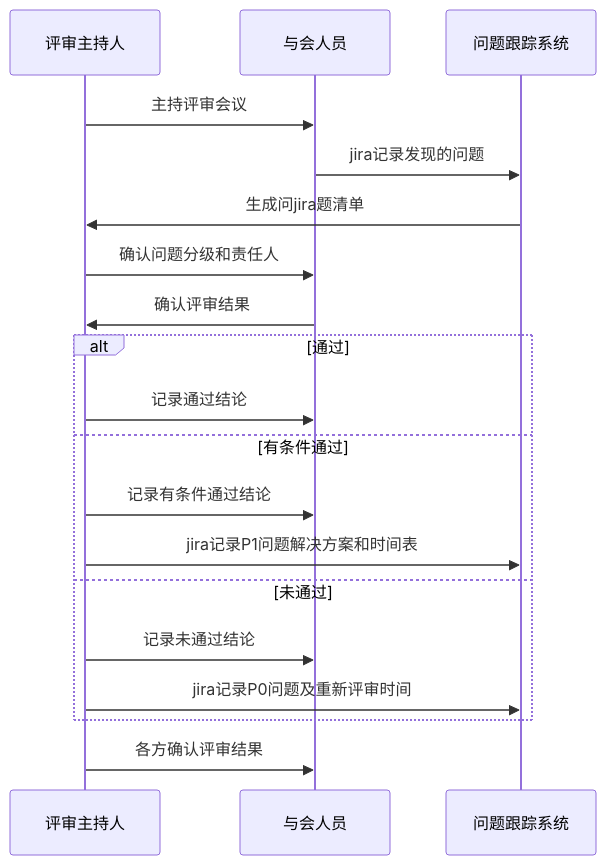
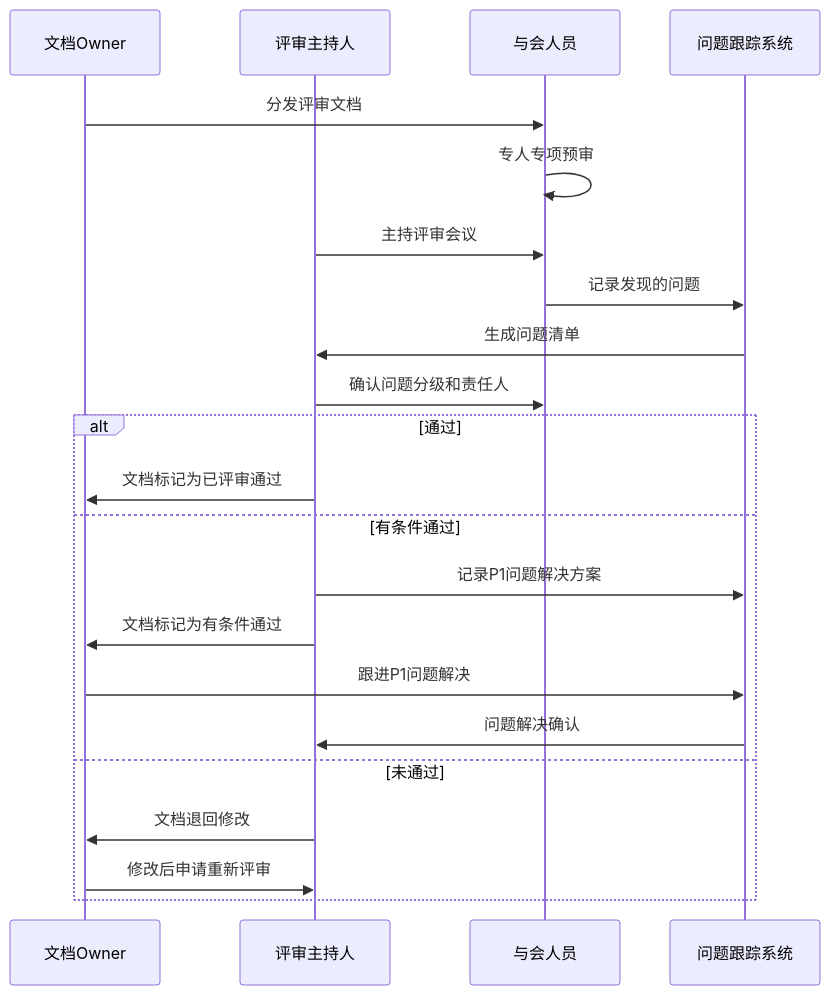
Before and after one commit to Taskon-xyz/PR: diagram 11 of 11 in 开发流程图.md, drawn with Mermaid. The commit also changed other lines of this file and 7 other files, not shown here.

````diff
--- a/开发流程图.md
+++ b/开发流程图.md
@@ -159,24 +270,26 @@
 ```mermaid
 sequenceDiagram
+    participant D as 文档Owner
     participant A as 评审主持人
     participant B as 与会人员
     participant C as 问题跟踪系统
   
+    D->>B: 分发评审文档
+    B->>B: 专人专项预审
     A->>B: 主持评审会议
-    B->>C: jira记录发现的问题
-    C->>A: 生成问jira题清单
+    B->>C: 记录发现的问题
+    C->>A: 生成问题清单
     A->>B: 确认问题分级和责任人
-    B->>A: 确认评审结果
   
     alt 通过
-        A->>B: 记录通过结论
+        A->>D: 文档标记为已评审通过
     else 有条件通过
-        A->>B: 记录有条件通过结论
-        A->>C: jira记录P1问题解决方案和时间表
+        A->>C: 记录P1问题解决方案
+        A->>D: 文档标记为有条件通过
+        D->>C: 跟进P1问题解决
+        C->>A: 问题解决确认
     else 未通过
-        A->>B: 记录未通过结论
-        A->>C: jira记录P0问题及重新评审时间
+        A->>D: 文档退回修改
+        D->>A: 修改后申请重新评审
     end
-  
-    A->>B: 各方确认评审结果
 ```
````
